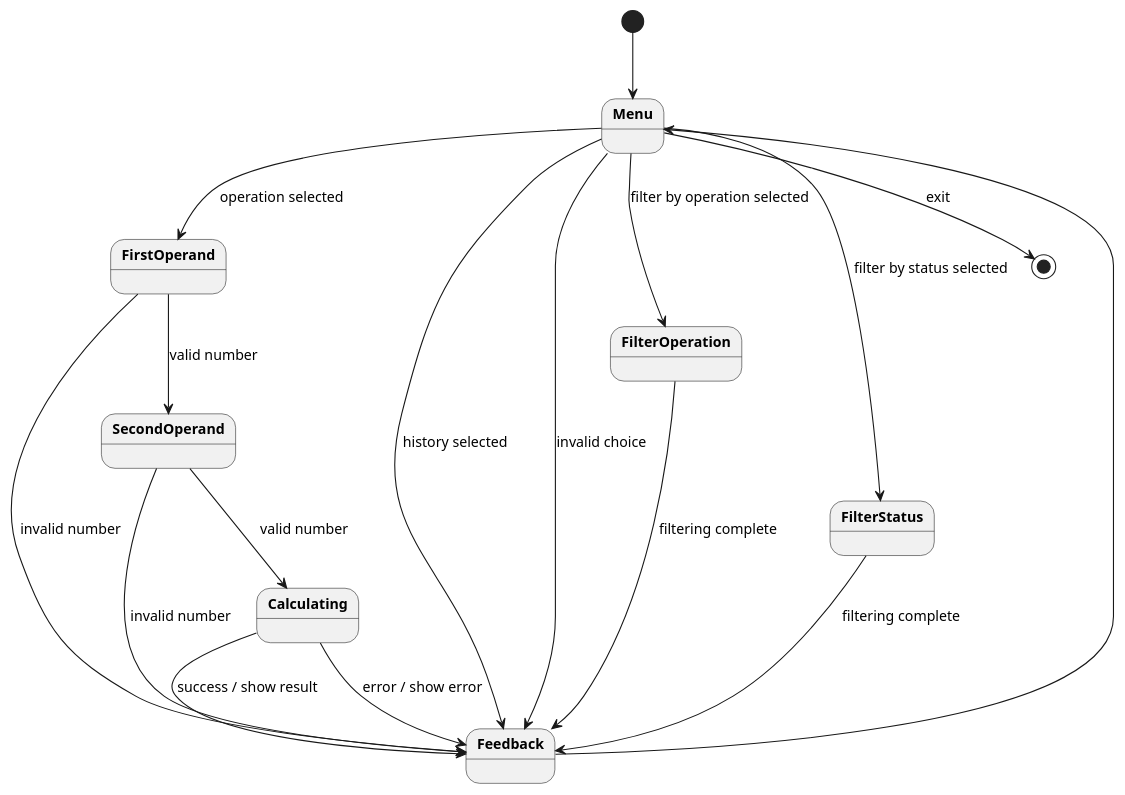
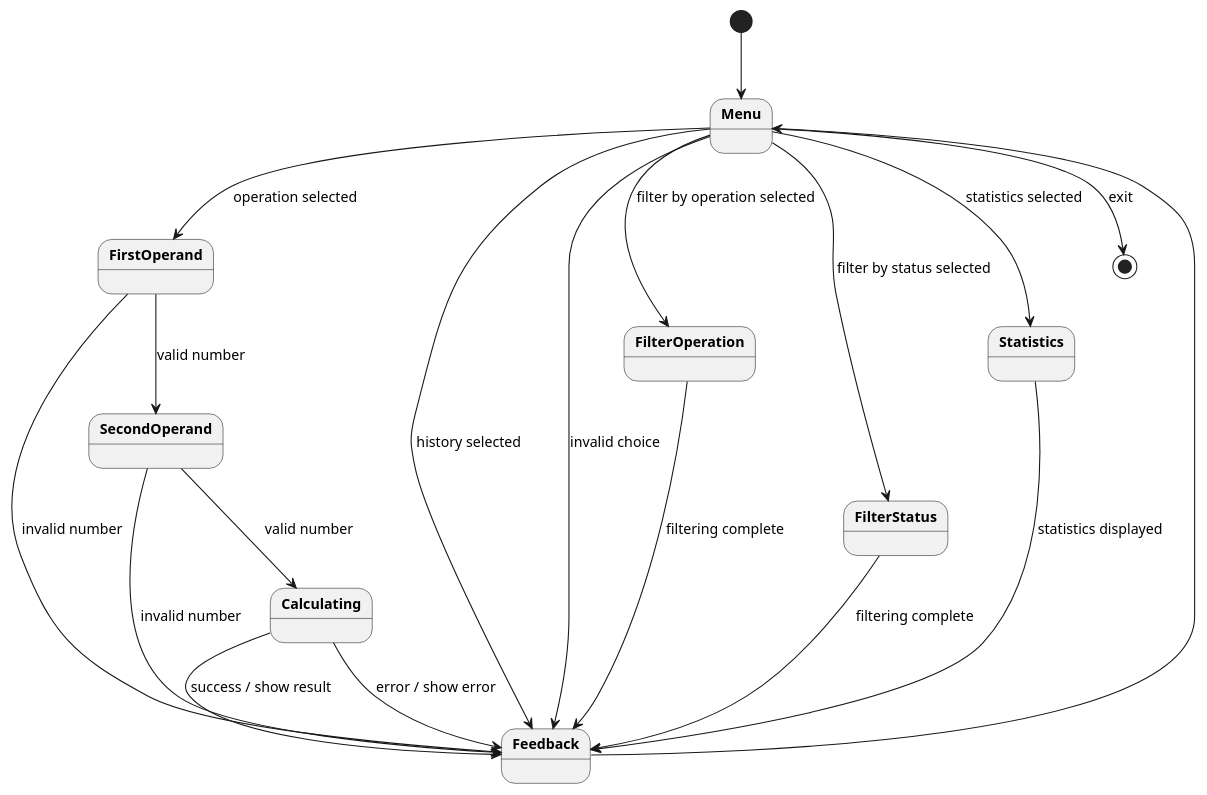
One commit to DanielRiha8906/Software_autoevolution_using_agents changed the diagram in experiments/pipeline/structured_text/calculator/artifacts/state_diagram_interactive.puml. Above: the diagram before and after it, drawn with PlantUML. The commit also changed 14 other files, not shown here.

```diff
--- a/experiments/pipeline/structured_text/calculator/artifacts/state_diagram_interactive.puml
+++ b/experiments/pipeline/structured_text/calculator/artifacts/state_diagram_interactive.puml
@@ -1,30 +1,32 @@
-@startuml
+@startuml state_diagram_interactive
 
 skinparam defaultFontSize 13
 skinparam stateFontStyle bold
 
 top to bottom direction
 
 [*] --> Menu
 
 Menu --> FirstOperand : operation selected
 Menu --> Feedback : history selected
 Menu --> FilterOperation : filter by operation selected
 Menu --> FilterStatus : filter by status selected
+Menu --> Statistics : statistics selected
 Menu --> Feedback : invalid choice
 Menu --> [*] : exit
 
 FilterOperation --> Feedback : filtering complete
 FilterStatus --> Feedback : filtering complete
+Statistics --> Feedback : statistics displayed
 
 FirstOperand --> SecondOperand : valid number
 FirstOperand --> Feedback : invalid number
 
 SecondOperand --> Calculating : valid number
 SecondOperand --> Feedback : invalid number
 
 Calculating --> Feedback : success / show result
 Calculating --> Feedback : error / show error
 Feedback --> Menu
 
 @enduml
```
